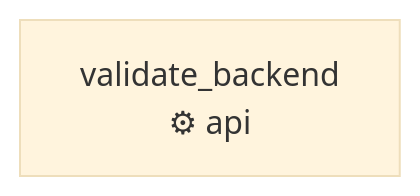
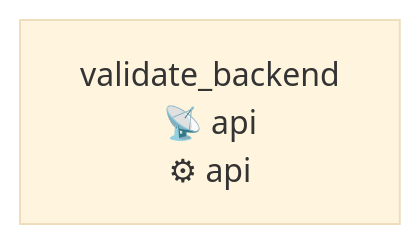
One commit to jeffersonmachado/r-agent2 changed the diagram in docs/diagrams/qa-waves/journey-core-support_ticket_flow-precond_support_ticket_flow_tenant_loaded.md. Above: the diagram before and after it, drawn with Mermaid (base theme). The commit also changed other lines of this file and 74 other files, not shown here.

First line of the commit message:
docs(qa-waves): roteiros de jornada + diagramas + status de plataforma

````diff
--- a/docs/diagrams/qa-waves/journey-core-support_ticket_flow-precond_support_ticket_flow_tenant_loaded.md
+++ b/docs/diagrams/qa-waves/journey-core-support_ticket_flow-precond_support_ticket_flow_tenant_loaded.md
@@ -5,5 +5,5 @@
 ```mermaid
 flowchart LR
-    step_precond_tenant_loaded_1["validate_backend\n⚙ api"]
+    step_precond_tenant_loaded_1["validate_backend\n📡 api\n⚙ api"]
 
 ```
````
